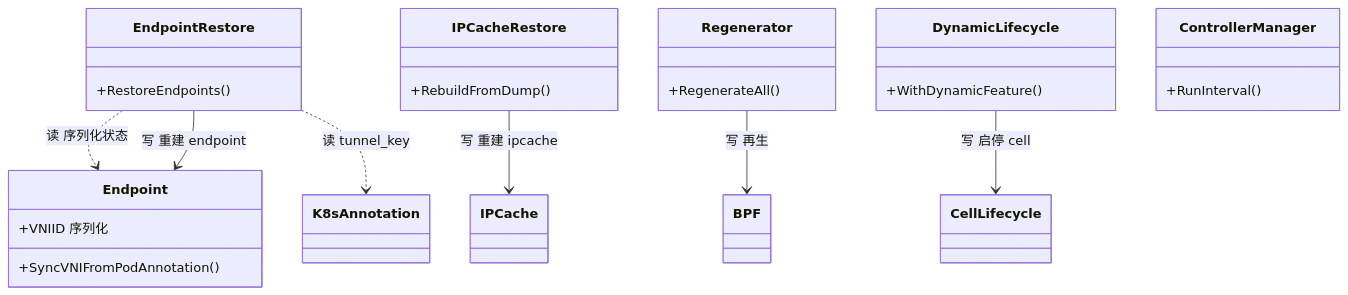
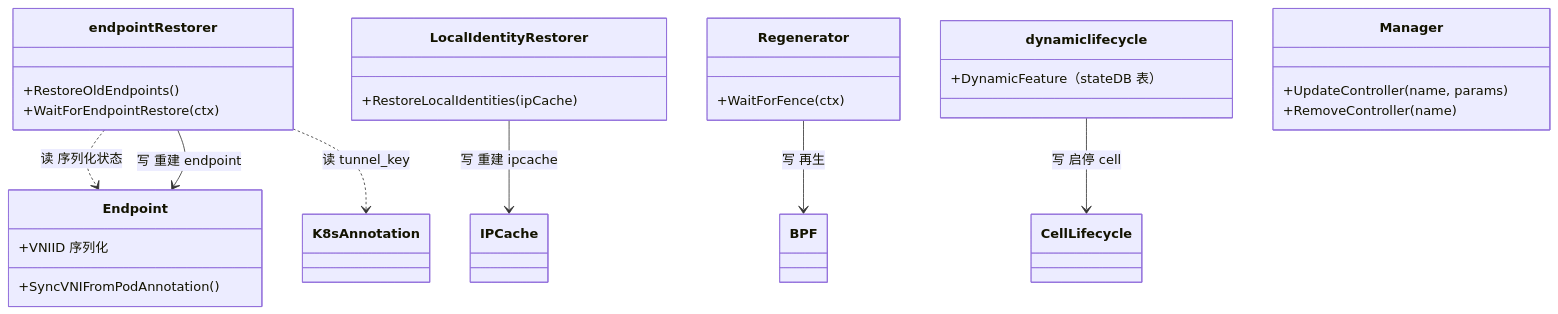
The first of 2 diagrams in docs/planes/09-lifecycle-plane.md (zbb88888/cilium-map-road), drawn with Mermaid before and after one commit. The commit also changed other lines of this file and 11 other files, not shown here.

````diff
--- a/docs/planes/09-lifecycle-plane.md
+++ b/docs/planes/09-lifecycle-plane.md
@@ -21,29 +21,31 @@
 ```mermaid
 classDiagram
-    class EndpointRestore {
-        +RestoreEndpoints()
+    class endpointRestorer {
+        +RestoreOldEndpoints()
+        +WaitForEndpointRestore(ctx)
     }
     class Endpoint {
         +VNIID 序列化
         +SyncVNIFromPodAnnotation()
     }
-    class IPCacheRestore {
-        +RebuildFromDump()
+    class LocalIdentityRestorer {
+        +RestoreLocalIdentities(ipCache)
     }
     class Regenerator {
-        +RegenerateAll()
+        +WaitForFence(ctx)
     }
-    class DynamicLifecycle {
-        +WithDynamicFeature()
+    class dynamiclifecycle {
+        +DynamicFeature（stateDB 表）
     }
-    class ControllerManager {
-        +RunInterval()
+    class Manager {
+        +UpdateController(name, params)
+        +RemoveController(name)
     }
 
-    EndpointRestore ..> Endpoint : 读 序列化状态
-    EndpointRestore ..> K8sAnnotation : 读 tunnel_key
-    EndpointRestore --> Endpoint : 写 重建 endpoint
-    IPCacheRestore --> IPCache : 写 重建 ipcache
+    endpointRestorer ..> Endpoint : 读 序列化状态
+    endpointRestorer ..> K8sAnnotation : 读 tunnel_key
+    endpointRestorer --> Endpoint : 写 重建 endpoint
+    LocalIdentityRestorer --> IPCache : 写 重建 ipcache
     Regenerator --> BPF : 写 再生
-    DynamicLifecycle --> CellLifecycle : 写 启停 cell
+    dynamiclifecycle --> CellLifecycle : 写 启停 cell
 ```
````
